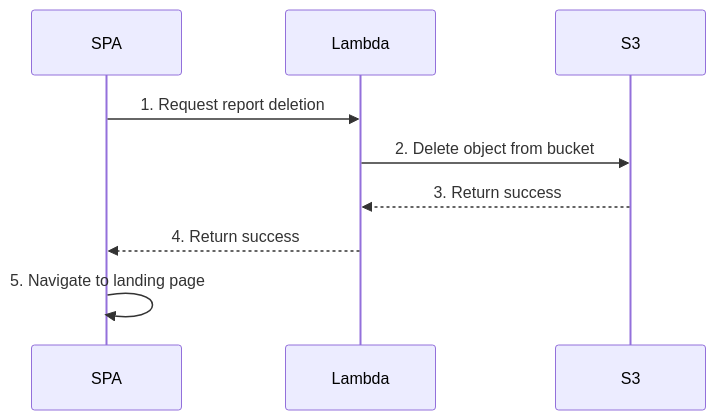
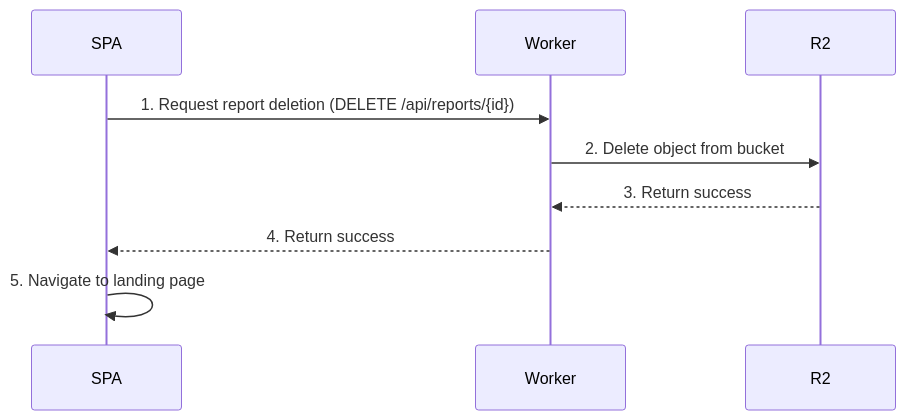
The third of 3 diagrams in ARCHITECTURE.md (cucumber/cucumber-reports), drawn with Mermaid before and after one commit. The commit also changed other lines of this file and 57 other files, not shown here.

````diff
--- a/ARCHITECTURE.md
+++ b/ARCHITECTURE.md
@@ -63,8 +64,8 @@
 ```mermaid
 sequenceDiagram
-    SPA->>Lambda: 1. Request report deletion
-    Lambda->>S3: 2. Delete object from bucket
-    S3-->>Lambda: 3. Return success
-    Lambda-->>SPA: 4. Return success
+    SPA->>Worker: 1. Request report deletion (DELETE /api/reports/{id})
+    Worker->>R2: 2. Delete object from bucket
+    R2-->>Worker: 3. Return success
+    Worker-->>SPA: 4. Return success
     SPA->>SPA: 5. Navigate to landing page
 ```
````
